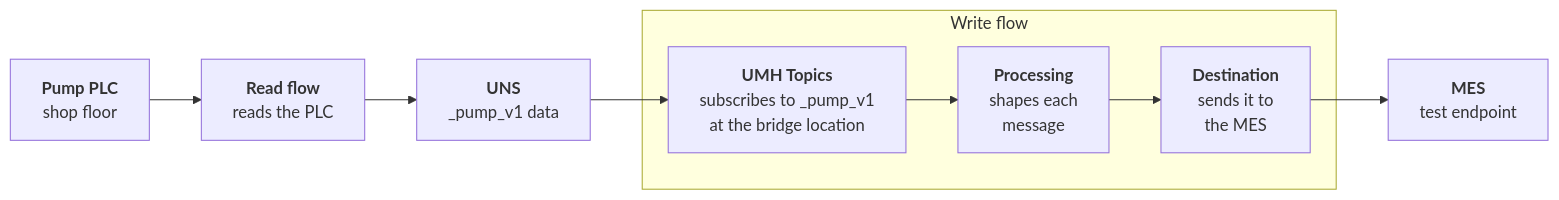
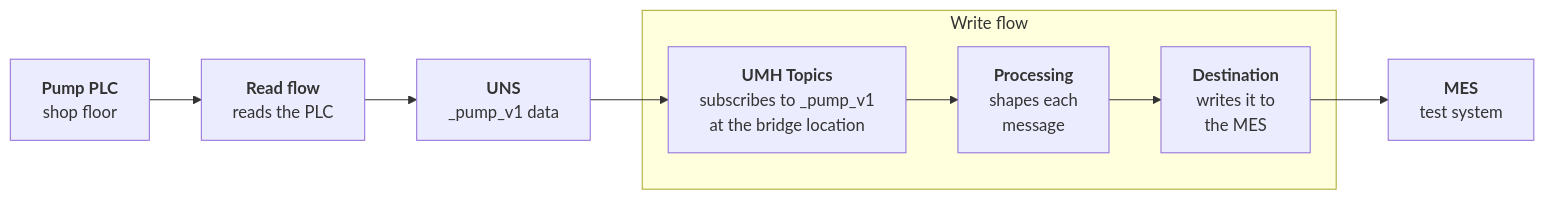
One commit to united-manufacturing-hub/united-manufacturing-hub changed the first of 2 diagrams in umh-core/docs/usage/data-flows/write-flow.md. Above: the diagram before and after it, drawn with Mermaid. The commit also changed other lines of this file and 5 other files, not shown here.

First line of the commit message:
docs: split the write flow page into a part page and a setup guide

````diff
--- a/umh-core/docs/usage/data-flows/write-flow.md
+++ b/umh-core/docs/usage/data-flows/write-flow.md
@@ -29,15 +27,15 @@
 ```mermaid
 flowchart LR
     PLC["<b>Pump PLC</b><br/>shop floor"]
     R["<b>Read flow</b><br/>reads the PLC"]
     UNS["<b>UNS</b><br/>_pump_v1 data"]
     subgraph W["Write flow"]
         W1["<b>UMH Topics</b><br/>subscribes to _pump_v1<br/>at the bridge location"]
         W2["<b>Processing</b><br/>shapes each<br/>message"]
-        W3["<b>Destination</b><br/>sends it to<br/>the MES"]
+        W3["<b>Destination</b><br/>writes it to<br/>the MES"]
         W1 --> W2 --> W3
     end
-    MES["<b>MES</b><br/>test endpoint"]
+    MES["<b>MES</b><br/>test system"]
     PLC --> R --> UNS --> W1
     W3 --> MES
 ```
````
